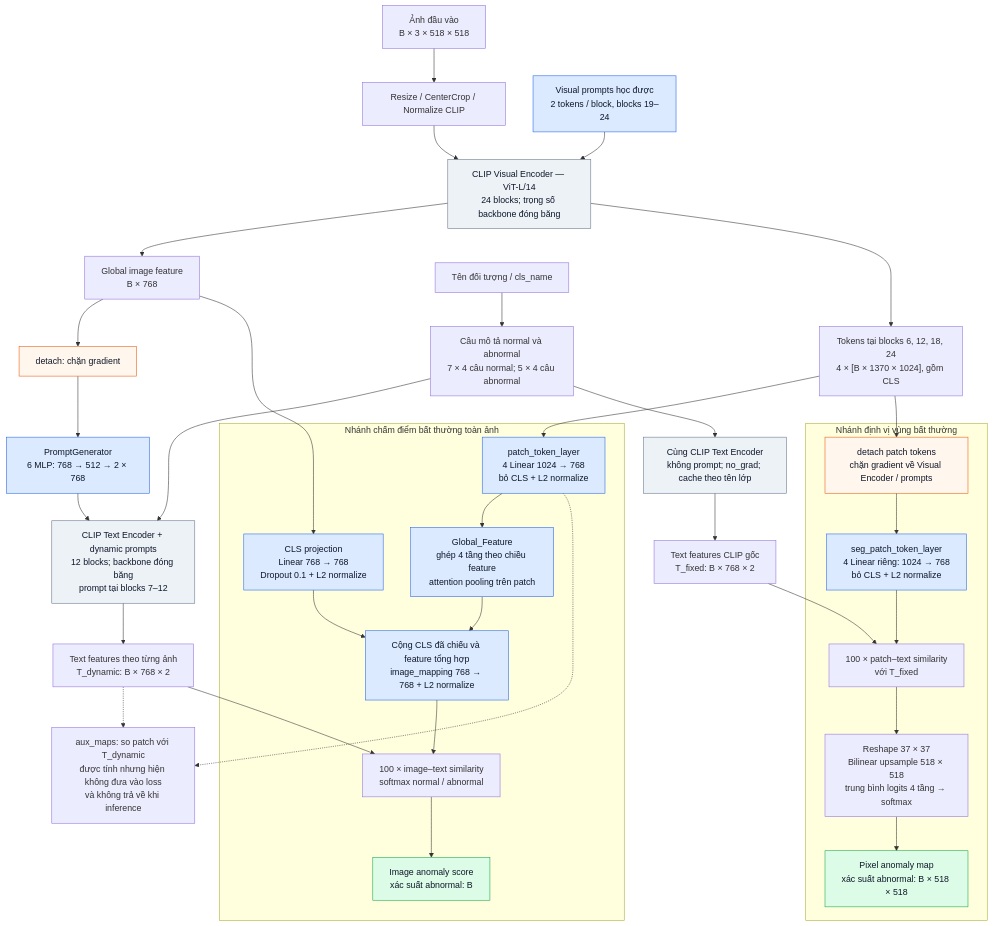
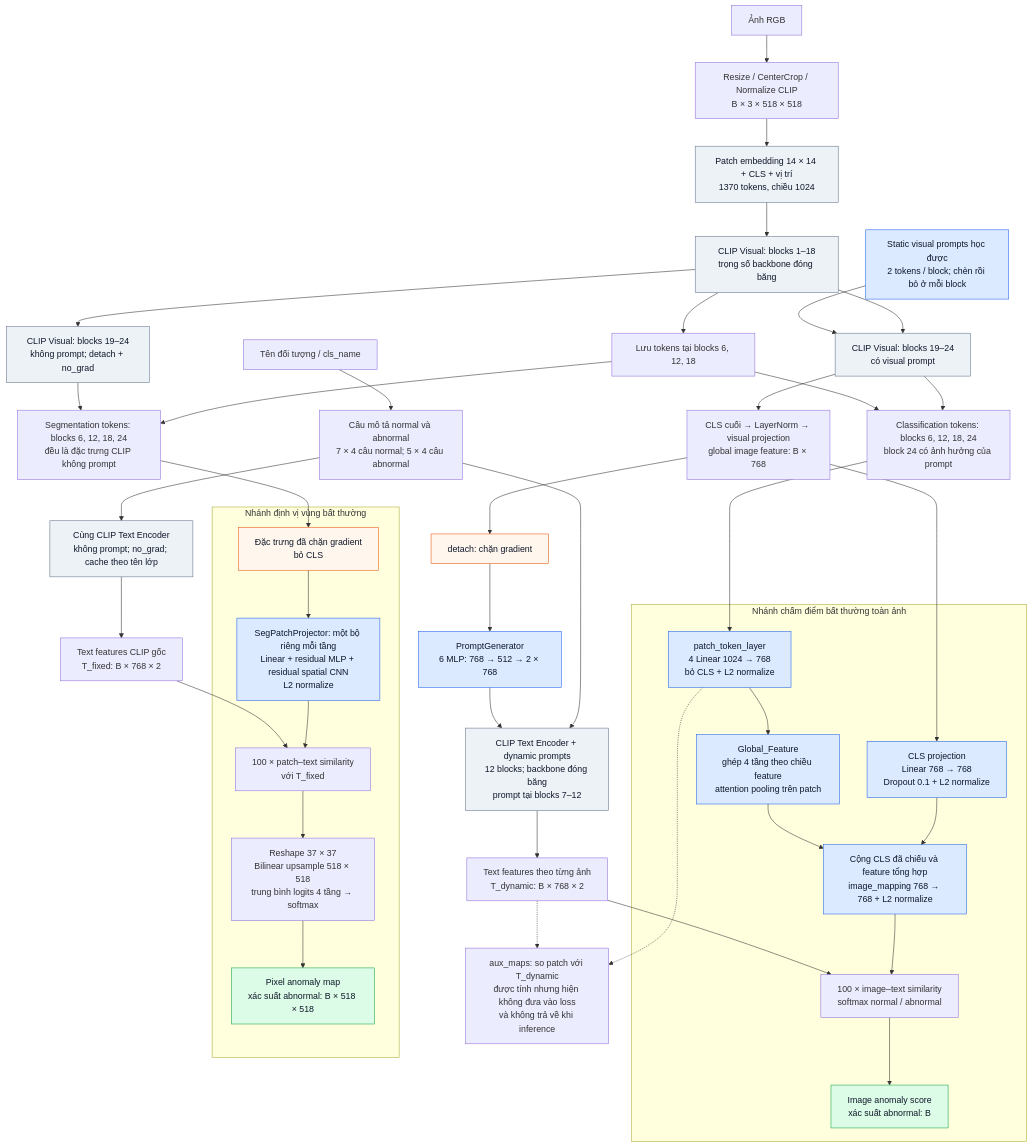
Before and after one commit to huutuan1705/BaselineAnomaly: the first of 4 diagrams in docs/model_architecture.md, drawn with Mermaid. The commit also changed other lines of this file and 47 other files, not shown here.

Commit message:
adding CNN and MLP for increasing sementation result

````diff
--- a/docs/model_architecture.md
+++ b/docs/model_architecture.md
@@ -11,55 +15,62 @@
 ```mermaid
 flowchart TB
-    I["Ảnh đầu vào<br/>B × 3 × 518 × 518"] --> PRE["Resize / CenterCrop / Normalize CLIP"]
-    PRE --> V["CLIP Visual Encoder — ViT-L/14<br/>24 blocks; trọng số backbone đóng băng"]
-    VP["Visual prompts học được<br/>2 tokens / block, blocks 19–24"] --> V
-    V --> C["Global image feature<br/>B × 768"]
-    V --> P["Tokens tại blocks 6, 12, 18, 24<br/>4 × [B × 1370 × 1024], gồm CLS"]
+    I["Ảnh RGB"] --> PRE["Resize / CenterCrop / Normalize CLIP<br/>B × 3 × 518 × 518"]
+    PRE --> E["Patch embedding 14 × 14 + CLS + vị trí<br/>1370 tokens, chiều 1024"]
+    E --> V["CLIP Visual: blocks 1–18<br/>trọng số backbone đóng băng"]
+    V --> LOW["Lưu tokens tại blocks 6, 12, 18"]
+    V --> PV["CLIP Visual: blocks 19–24<br/>có visual prompt"]
+    VP["Static visual prompts học được<br/>2 tokens / block; chèn rồi bỏ ở mỗi block"] --> PV
+    V --> FV["CLIP Visual: blocks 19–24<br/>không prompt; detach + no_grad"]
+    PV --> C["CLS cuối → LayerNorm → visual projection<br/>global image feature: B × 768"]
+    PV --> P["Classification tokens: blocks 6, 12, 18, 24<br/>block 24 có ảnh hưởng của prompt"]
+    LOW --> P
+    LOW --> Q["Segmentation tokens: blocks 6, 12, 18, 24<br/>đều là đặc trưng CLIP không prompt"]
+    FV --> Q
 
     NAME["Tên đối tượng / cls_name"] --> TPL["Câu mô tả normal và abnormal<br/>7 × 4 câu normal; 5 × 4 câu abnormal"]
     TPL --> TD["CLIP Text Encoder + dynamic prompts<br/>12 blocks; backbone đóng băng<br/>prompt tại blocks 7–12"]
     C --> DC["detach: chặn gradient"]
     DC --> PG["PromptGenerator<br/>6 MLP: 768 → 512 → 2 × 768"]
     PG --> TD
     TD --> TA["Text features theo từng ảnh<br/>T_dynamic: B × 768 × 2"]
 
     TPL --> TF["Cùng CLIP Text Encoder<br/>không prompt; no_grad; cache theo tên lớp"]
     TF --> TS["Text features CLIP gốc<br/>T_fixed: B × 768 × 2"]
 
     subgraph CLASS["Nhánh chấm điểm bất thường toàn ảnh"]
         CP["CLS projection<br/>Linear 768 → 768<br/>Dropout 0.1 + L2 normalize"]
         PP["patch_token_layer<br/>4 Linear 1024 → 768<br/>bỏ CLS + L2 normalize"]
         GF["Global_Feature<br/>ghép 4 tầng theo chiều feature<br/>attention pooling trên patch"]
         ADD["Cộng CLS đã chiếu và feature tổng hợp<br/>image_mapping 768 → 768 + L2 normalize"]
         SCORE["100 × image–text similarity<br/>softmax normal / abnormal"]
         OUTS["Image anomaly score<br/>xác suất abnormal: B"]
         CP --> ADD
         PP --> GF --> ADD --> SCORE --> OUTS
     end
     C --> CP
     P --> PP
     TA --> SCORE
 
     subgraph SEG["Nhánh định vị vùng bất thường"]
-        DP["detach patch tokens<br/>chặn gradient về Visual Encoder / prompts"]
-        SP["seg_patch_token_layer<br/>4 Linear riêng: 1024 → 768<br/>bỏ CLS + L2 normalize"]
+        DP["Đặc trưng đã chặn gradient<br/>bỏ CLS"]
+        SP["SegPatchProjector: một bộ riêng mỗi tầng<br/>Linear + residual MLP + residual spatial CNN<br/>L2 normalize"]
         SIM["100 × patch–text similarity<br/>với T_fixed"]
         MAP["Reshape 37 × 37<br/>Bilinear upsample 518 × 518<br/>trung bình logits 4 tầng → softmax"]
         OUTM["Pixel anomaly map<br/>xác suất abnormal: B × 518 × 518"]
         DP --> SP --> SIM --> MAP --> OUTM
     end
-    P --> DP
+    Q --> DP
     TS --> SIM
 
     PP -.-> AUX["aux_maps: so patch với T_dynamic<br/>được tính nhưng hiện không đưa vào loss<br/>và không trả về khi inference"]
     TA -.-> AUX
 
     classDef frozen fill:#edf2f7,stroke:#64748b,color:#0f172a;
     classDef trainable fill:#dbeafe,stroke:#2563eb,color:#0f172a;
     classDef barrier fill:#fff7ed,stroke:#ea580c,color:#0f172a;
     classDef output fill:#dcfce7,stroke:#16a34a,color:#0f172a;
-    class V,TD,TF frozen;
+    class E,V,PV,FV,TD,TF frozen;
     class VP,PG,CP,PP,GF,ADD,SP trainable;
     class DC,DP barrier;
     class OUTS,OUTM output;
 ```
````
